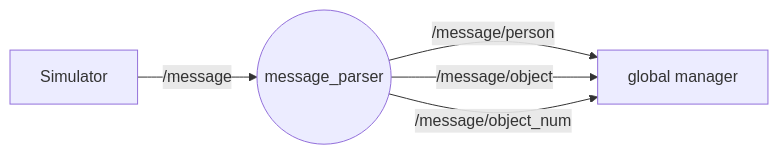
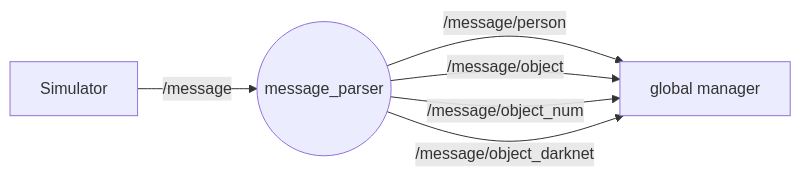
Before and after one commit to m0rph03nix/message_parser: the diagram in README.md, drawn with Mermaid. The commit also changed other lines of this file and 2 other files, not shown here.

Commit message:
add topic /message/object_darknet

````diff
--- a/README.md
+++ b/README.md
@@ -5,9 +5,10 @@
 ```mermaid
 graph LR
     T1[Simulator] -- /message --> Node((message_parser))
 
 
     Node -- /message/person -->D[global manager]
     Node -- /message/object -->D[global manager]
     Node -- /message/object_num -->D[global manager]
+    Node -- /message/object_darknet -->D[global manager]
 ```
````
